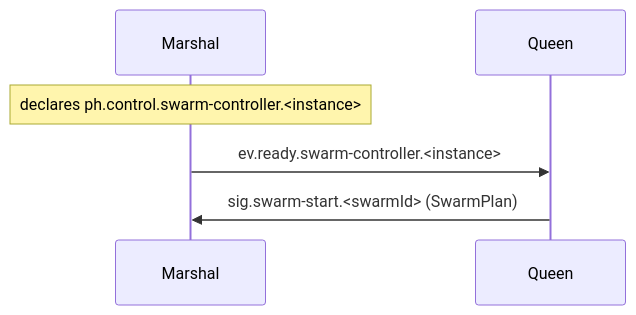
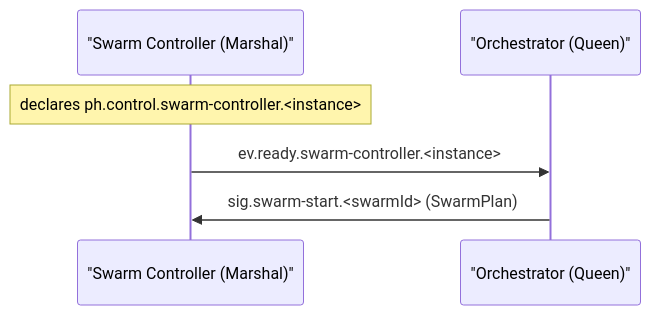
Before and after one commit to sepa79/PocketHive: the fifth of 7 diagrams in docs/ARCHITECTURE.md, drawn with Mermaid. The commit also changed other lines of this file and 1 other file, not shown here.

Commit message:
docs: use component names in diagrams

````diff
--- a/docs/ARCHITECTURE.md
+++ b/docs/ARCHITECTURE.md
@@ -114,8 +114,8 @@
 ```mermaid
 sequenceDiagram
-  participant Marshal
-  participant Queen
-  Note over Marshal: declares ph.control.swarm-controller.<instance>
-  Marshal->>Queen: ev.ready.swarm-controller.<instance>
-  Queen->>Marshal: sig.swarm-start.<swarmId> (SwarmPlan)
+  participant MSH as "Swarm Controller (Marshal)"
+  participant QN as "Orchestrator (Queen)"
+  Note over MSH: declares ph.control.swarm-controller.<instance>
+  MSH->>QN: ev.ready.swarm-controller.<instance>
+  QN->>MSH: sig.swarm-start.<swarmId> (SwarmPlan)
 ```
````
